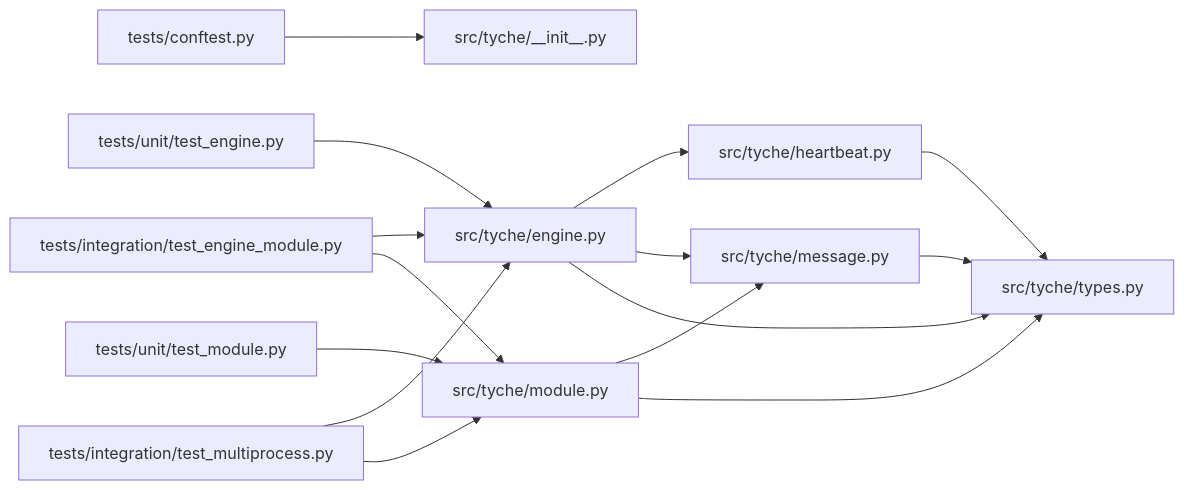
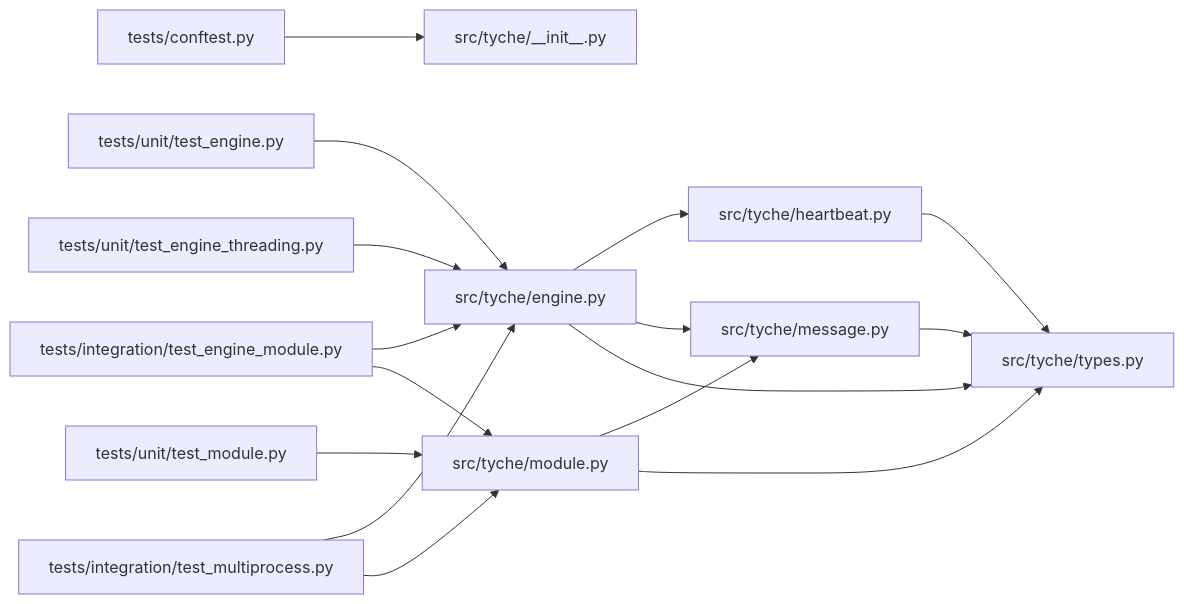
The third of 4 diagrams in .qoder/repowiki/en/content/Testing and Development.md (zt281/TycheEngine), drawn with Mermaid before and after one commit. The commit also changed other lines of this file and 5 other files, not shown here.

````diff
--- a/.qoder/repowiki/en/content/Testing and Development.md
+++ b/.qoder/repowiki/en/content/Testing and Development.md
@@ -326,17 +356,18 @@
 ```mermaid
 graph LR
 T["tests/conftest.py"] --> I["src/tyche/__init__.py"]
 U1["tests/unit/test_engine.py"] --> E["src/tyche/engine.py"]
-U2["tests/unit/test_module.py"] --> M["src/tyche/module.py"]
+U2["tests/unit/test_engine_threading.py"] --> E
+U3["tests/unit/test_module.py"] --> M["src/tyche/module.py"]
 I1["tests/integration/test_engine_module.py"] --> E
 I1 --> M
 I2["tests/integration/test_multiprocess.py"] --> E
 I2 --> M
 E --> HB["src/tyche/heartbeat.py"]
 E --> MSG["src/tyche/message.py"]
 E --> TP["src/tyche/types.py"]
 M --> MSG
 M --> TP
 MSG --> TP
 HB --> TP
 ```
````
